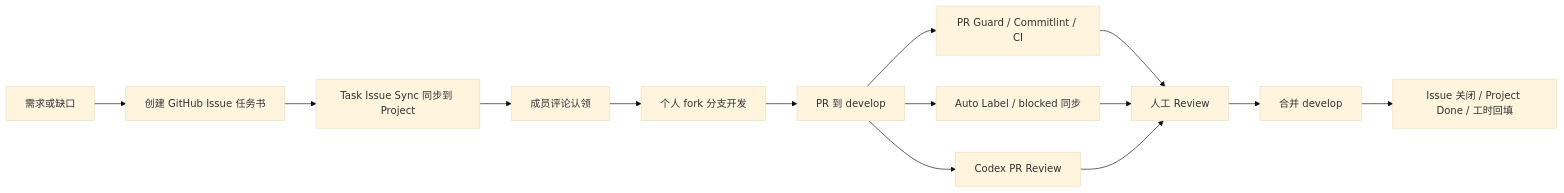
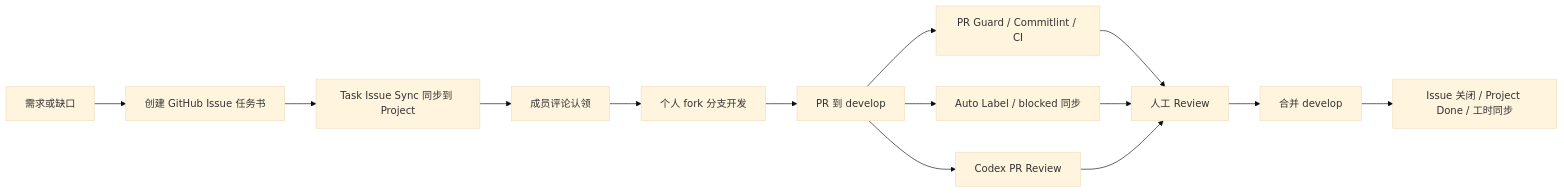
One commit to JerryBlackoo/github-teamwork changed the diagram in README.md. Above: the diagram before and after it, drawn with Mermaid (base theme). The commit also changed other lines of this file and 22 other files, not shown here.

````diff
--- a/README.md
+++ b/README.md
@@ -88,16 +90,16 @@
 ```mermaid
 flowchart LR
   A["需求或缺口"] --> B["创建 GitHub Issue 任务书"]
   B --> C["Task Issue Sync 同步到 Project"]
   C --> D["成员评论认领"]
   D --> E["个人 fork 分支开发"]
   E --> F["PR 到 develop"]
   F --> G["PR Guard / Commitlint / CI"]
   F --> H["Auto Label / blocked 同步"]
   F --> I["Codex PR Review"]
   G --> J["人工 Review"]
   H --> J
   I --> J
   J --> K["合并 develop"]
-  K --> L["Issue 关闭 / Project Done / 工时回填"]
+  K --> L["Issue 关闭 / Project Done / 工时同步"]
 ```
````
